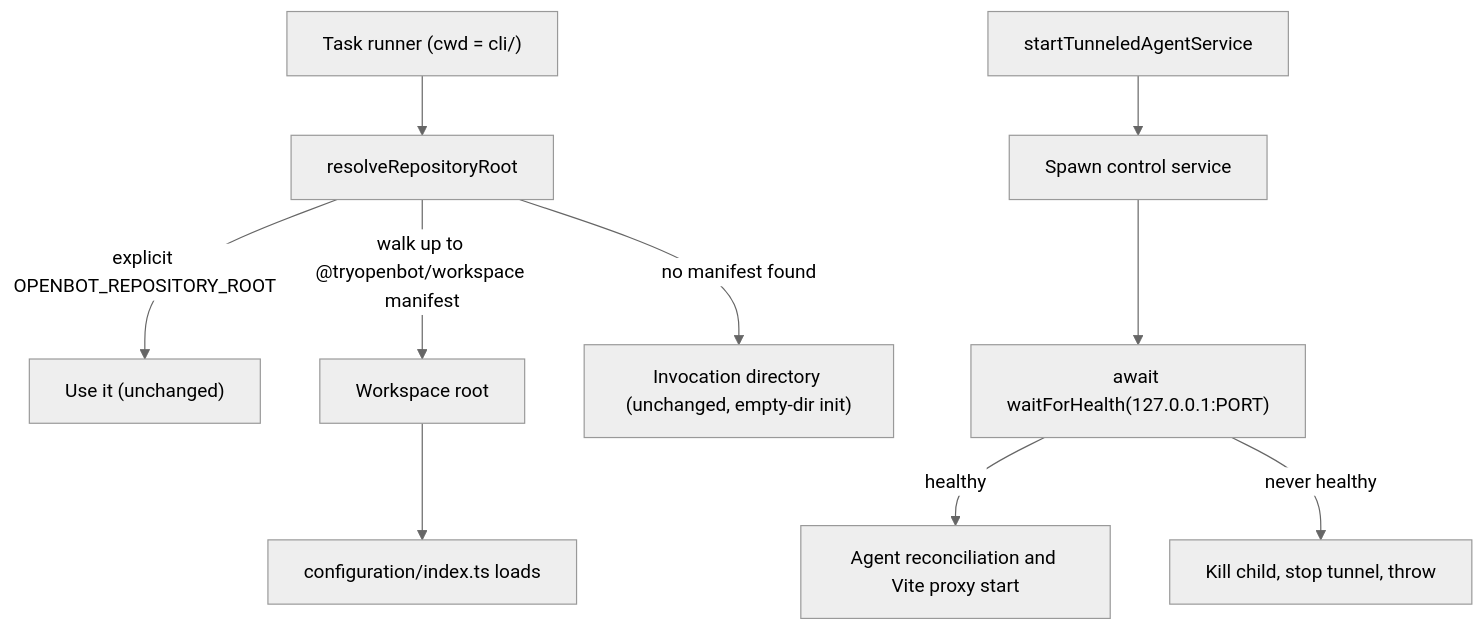
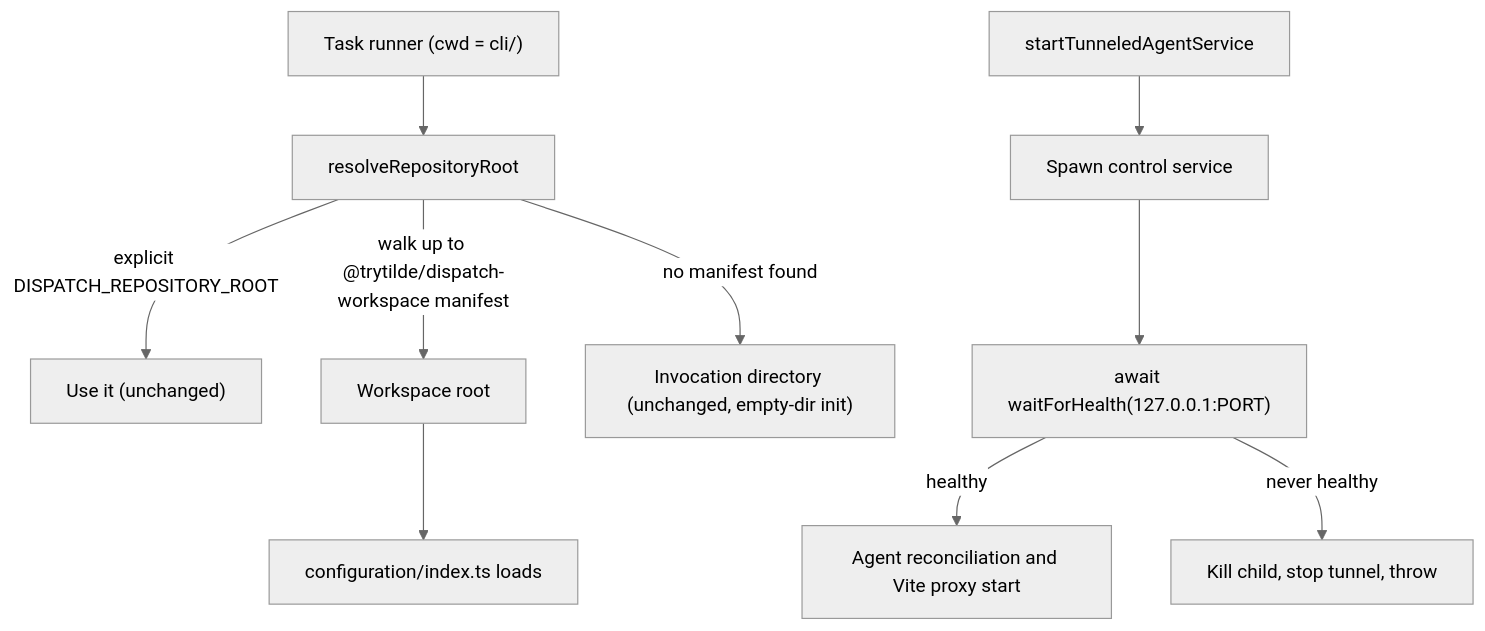
Before and after one commit to trytilde/dispatch: the diagram in docs/updates/61.md, drawn with Mermaid (neutral theme). The commit also changed other lines of this file and 668 other files, not shown here.

````diff
--- a/docs/updates/61.md
+++ b/docs/updates/61.md
@@ -12,13 +12,13 @@
 ```mermaid
 flowchart TD
   TR["Task runner (cwd = cli/)"] --> RR["resolveRepositoryRoot"]
-  RR -->|"explicit OPENBOT_REPOSITORY_ROOT"| EX["Use it (unchanged)"]
-  RR -->|"walk up to @tryopenbot/workspace manifest"| WS["Workspace root"]
+  RR -->|"explicit DISPATCH_REPOSITORY_ROOT"| EX["Use it (unchanged)"]
+  RR -->|"walk up to @trytilde/dispatch-workspace manifest"| WS["Workspace root"]
   RR -->|"no manifest found"| CWD["Invocation directory (unchanged, empty-dir init)"]
   WS --> CFG["configuration/index.ts loads"]
 
   DEV["startTunneledAgentService"] --> SPAWN["Spawn control service"]
   SPAWN --> WAIT["await waitForHealth(127.0.0.1:PORT)"]
   WAIT -->|healthy| DEP["Agent reconciliation and Vite proxy start"]
   WAIT -->|never healthy| KILL["Kill child, stop tunnel, throw"]
 ```
````
